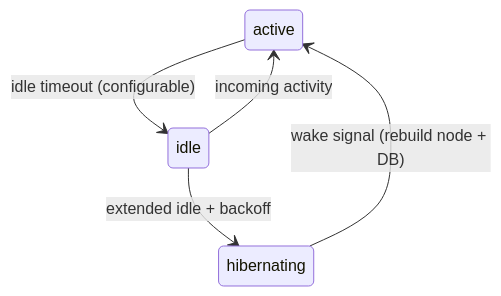
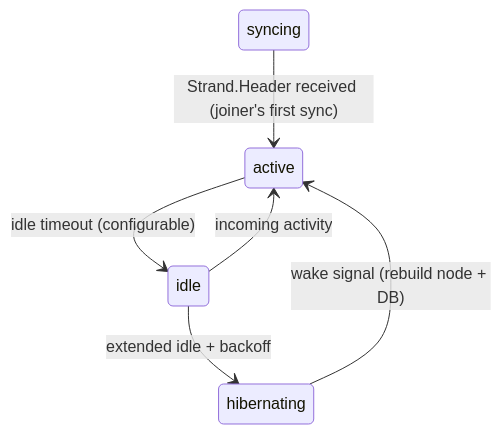
Before and after one commit to gotchoices/sereus: the ninth of 12 diagrams in docs/architecture.md, drawn with Mermaid. The commit also changed other lines of this file and 47 other files, not shown here.

Commit message:
ticket(implement): joining-machine-writes-before-first-sync-fork-tables

````diff
--- a/docs/architecture.md
+++ b/docs/architecture.md
@@ -735,7 +736,8 @@
 ```mermaid
 stateDiagram-v2
+    syncing --> active : Strand.Header received (joiner's first sync)
     active --> idle : idle timeout (configurable)
     idle --> active : incoming activity
     idle --> hibernating : extended idle + backoff
     hibernating --> active : wake signal (rebuild node + DB)
 ```
````
